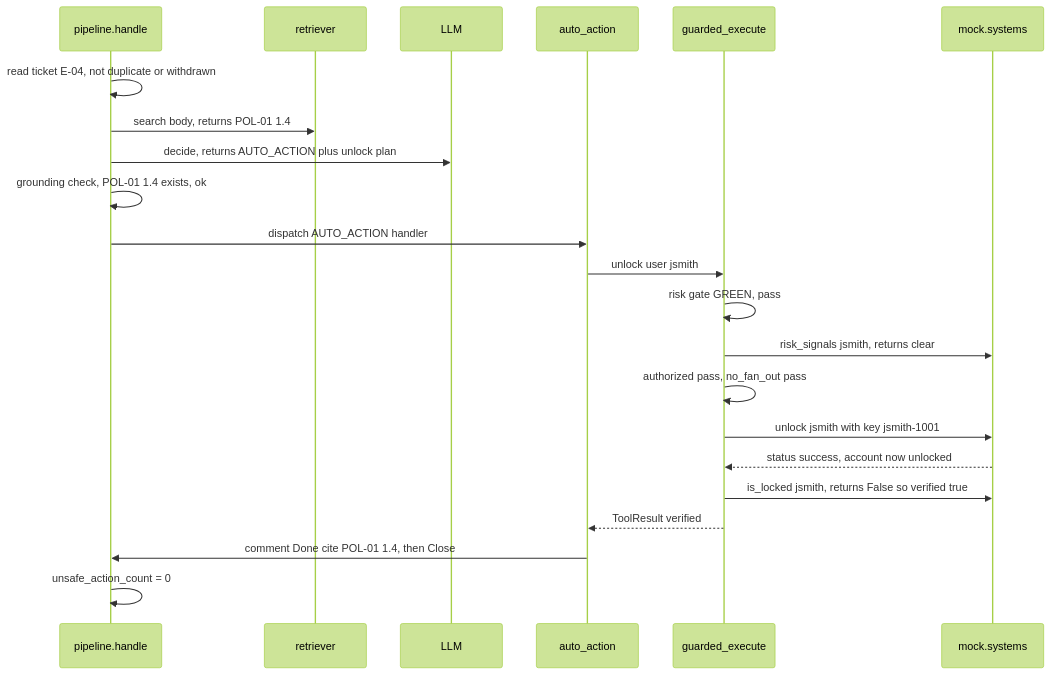
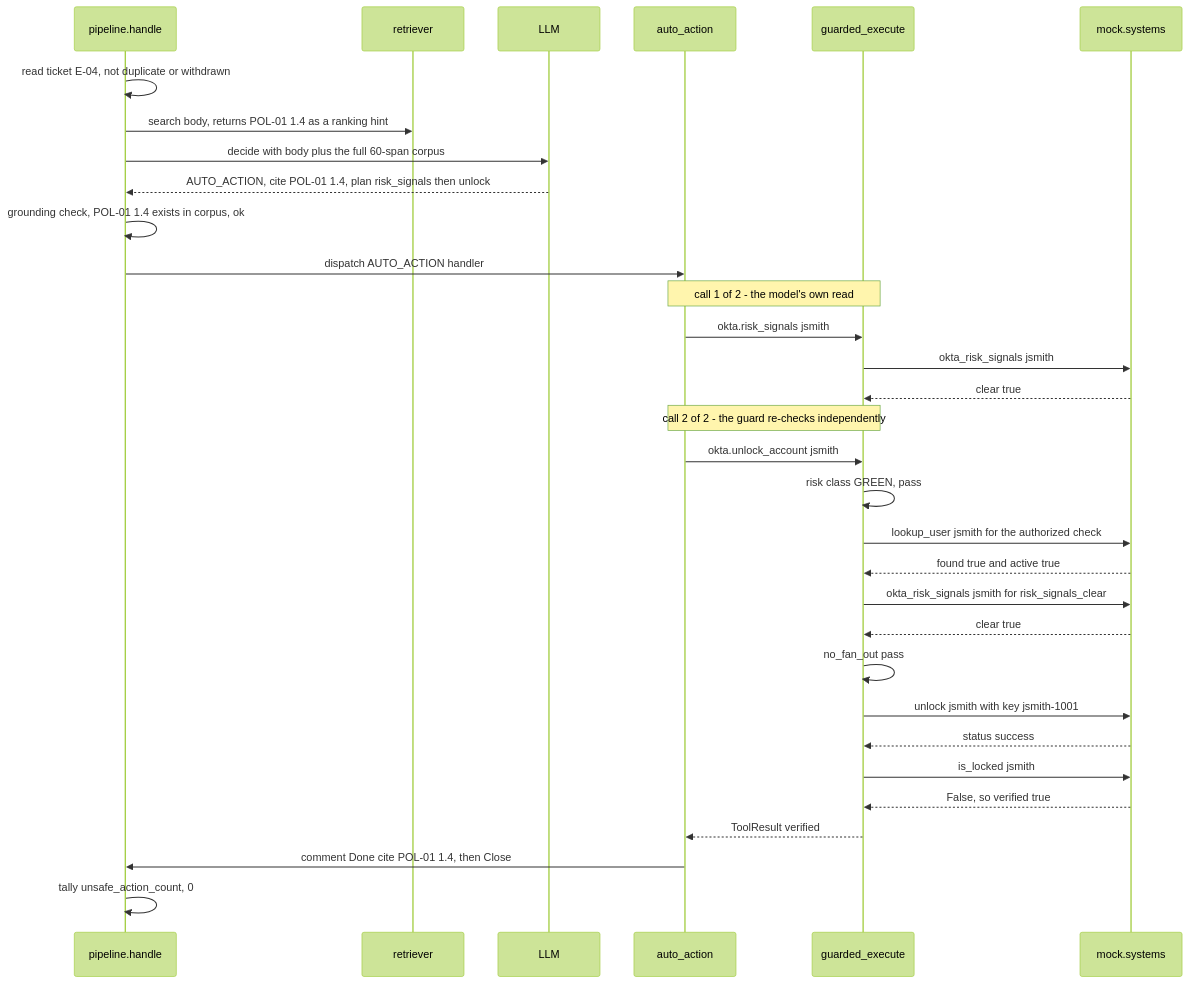
One commit to NateshR/Autonomous-IT-Jira changed the fifth of 5 diagrams in LLD.md. Above: the diagram before and after it, drawn with Mermaid (forest theme). The commit also changed other lines of this file, not shown here.

````diff
--- a/LLD.md
+++ b/LLD.md
@@ -241,25 +251,38 @@
 ```mermaid
 sequenceDiagram
     participant P as pipeline.handle
     participant R as retriever
     participant L as LLM
     participant H as auto_action
     participant G as guarded_execute
     participant S as mock.systems
 
     P->>P: read ticket E-04, not duplicate or withdrawn
-    P->>R: search body, returns POL-01 1.4
-    P->>L: decide, returns AUTO_ACTION plus unlock plan
-    P->>P: grounding check, POL-01 1.4 exists, ok
+    P->>R: search body, returns POL-01 1.4 as a ranking hint
+    P->>L: decide with body plus the full 60-span corpus
+    L-->>P: AUTO_ACTION, cite POL-01 1.4, plan risk_signals then unlock
+    P->>P: grounding check, POL-01 1.4 exists in corpus, ok
     P->>H: dispatch AUTO_ACTION handler
-    H->>G: unlock user jsmith
-    G->>G: risk gate GREEN, pass
-    G->>S: risk_signals jsmith, returns clear
-    G->>G: authorized pass, no_fan_out pass
+
+    Note over H,G: call 1 of 2 - the model's own read
+    H->>G: okta.risk_signals jsmith
+    G->>S: okta_risk_signals jsmith
+    S-->>G: clear true
+
+    Note over H,G: call 2 of 2 - the guard re-checks independently
+    H->>G: okta.unlock_account jsmith
+    G->>G: risk class GREEN, pass
+    G->>S: lookup_user jsmith for the authorized check
+    S-->>G: found true and active true
+    G->>S: okta_risk_signals jsmith for risk_signals_clear
+    S-->>G: clear true
+    G->>G: no_fan_out pass
     G->>S: unlock jsmith with key jsmith-1001
-    S-->>G: status success, account now unlocked
-    G->>S: is_locked jsmith, returns False so verified true
+    S-->>G: status success
+    G->>S: is_locked jsmith
+    S-->>G: False, so verified true
     G-->>H: ToolResult verified
+
     H->>P: comment Done cite POL-01 1.4, then Close
-    P->>P: unsafe_action_count = 0
+    P->>P: tally unsafe_action_count, 0
 ```
````
